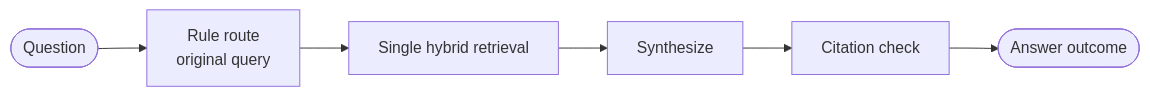
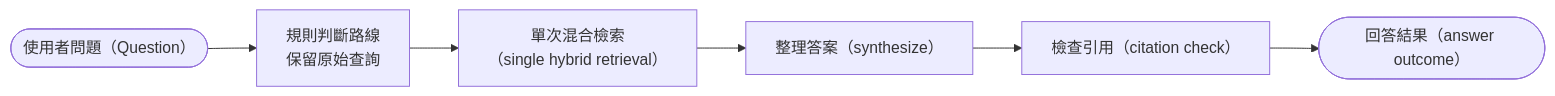
Before and after one commit to haoagentuse-glitch/frus-agentic-rag: the first of 5 diagrams in README.md, drawn with Mermaid. The commit also changed other lines of this file, not shown here.

````diff
--- a/README.md
+++ b/README.md
@@ -49,8 +61,8 @@
 ```mermaid
 flowchart LR
-    Q([Question]) --> P[Rule route<br/>original query]
-    P --> R[Single hybrid retrieval]
-    R --> S[Synthesize]
-    S --> C[Citation check]
-    C --> O([Answer outcome])
+    Q(["使用者問題（Question）"]) --> P["規則判斷路線<br/>保留原始查詢"]
+    P --> R["單次混合檢索<br/>（single hybrid retrieval）"]
+    R --> S["整理答案（synthesize）"]
+    S --> C["檢查引用（citation check）"]
+    C --> O(["回答結果（answer outcome）"])
 ```
````
